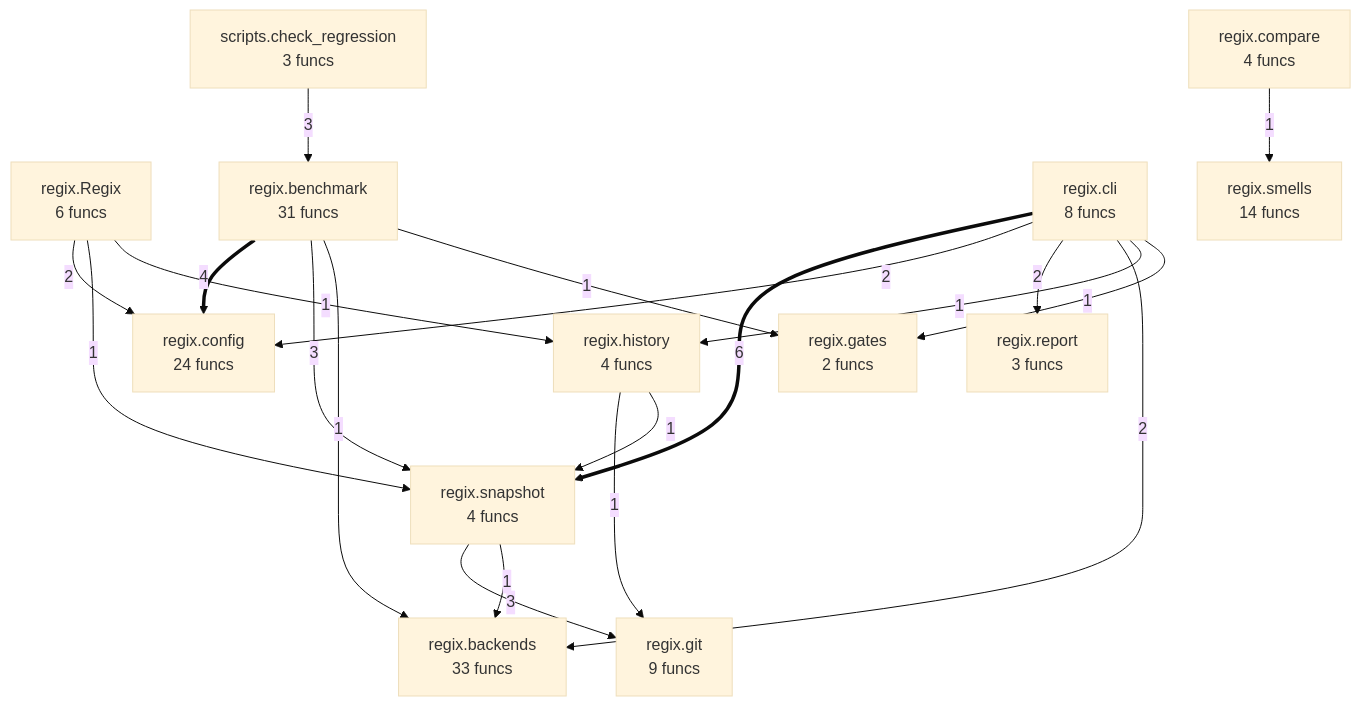
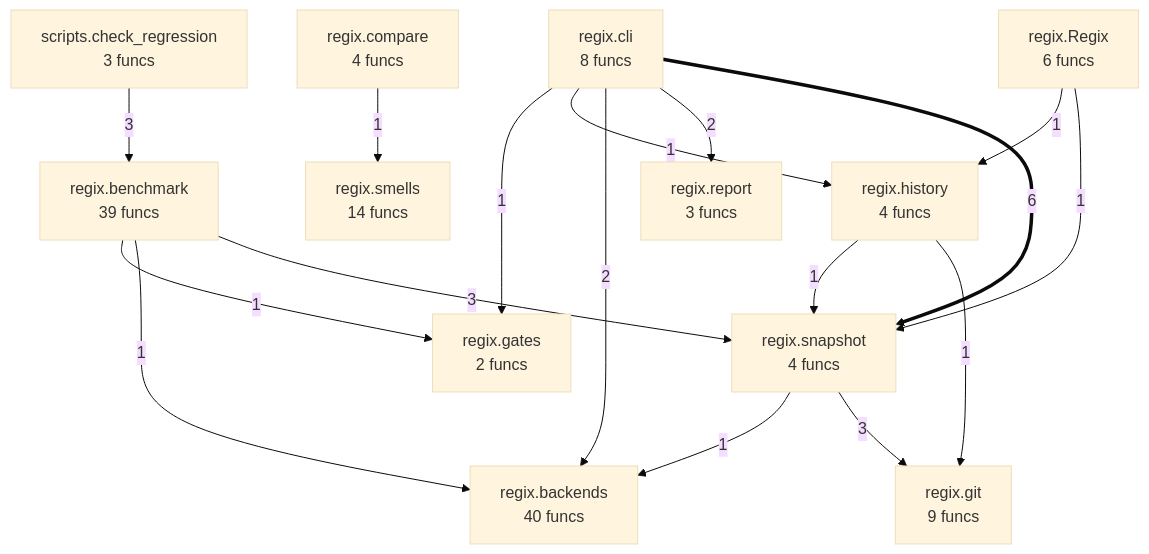
The diagram in project/compact_flow.mmd (semcod/regix), drawn with Mermaid (base theme) before and after one commit. The commit also changed 48 other files, not shown here.

```diff
--- a/project/compact_flow.mmd
+++ b/project/compact_flow.mmd
@@ -1,33 +1,30 @@
 flowchart TD
+%% generated in 0.01s
     regix__Regix["regix.Regix<br/>6 funcs"]
-    regix__backends["regix.backends<br/>33 funcs"]
-    regix__benchmark["regix.benchmark<br/>31 funcs"]
+    regix__backends["regix.backends<br/>40 funcs"]
+    regix__benchmark["regix.benchmark<br/>39 funcs"]
     regix__cli["regix.cli<br/>8 funcs"]
     regix__compare["regix.compare<br/>4 funcs"]
-    regix__config["regix.config<br/>24 funcs"]
     regix__gates["regix.gates<br/>2 funcs"]
     regix__git["regix.git<br/>9 funcs"]
     regix__history["regix.history<br/>4 funcs"]
     regix__report["regix.report<br/>3 funcs"]
     regix__smells["regix.smells<br/>14 funcs"]
     regix__snapshot["regix.snapshot<br/>4 funcs"]
     scripts__check_regression["scripts.check_regression<br/>3 funcs"]
     regix__cli ==>|6| regix__snapshot
-    regix__benchmark ==>|4| regix__config
+    regix__snapshot -->|3| regix__git
     scripts__check_regression -->|3| regix__benchmark
-    regix__snapshot -->|3| regix__git
     regix__benchmark -->|3| regix__snapshot
-    regix__Regix -->|2| regix__config
-    regix__cli -->|2| regix__config
     regix__cli -->|2| regix__report
     regix__cli -->|2| regix__backends
-    regix__compare -->|1| regix__smells
+    regix__snapshot -->|1| regix__backends
     regix__history -->|1| regix__git
     regix__history -->|1| regix__snapshot
+    regix__cli -->|1| regix__history
+    regix__cli -->|1| regix__gates
+    regix__compare -->|1| regix__smells
     regix__Regix -->|1| regix__snapshot
     regix__Regix -->|1| regix__history
-    regix__cli -->|1| regix__history
-    regix__cli -->|1| regix__gates
-    regix__snapshot -->|1| regix__backends
     regix__benchmark -->|1| regix__backends
     regix__benchmark -->|1| regix__gates
```
